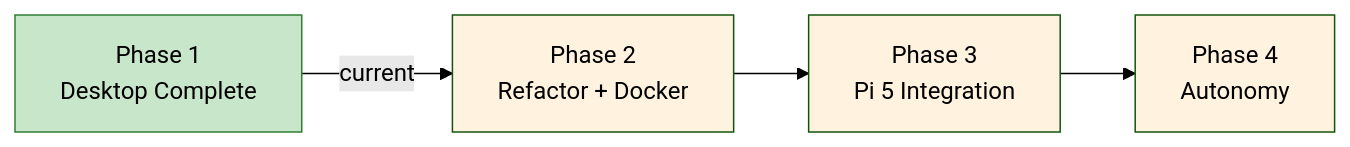
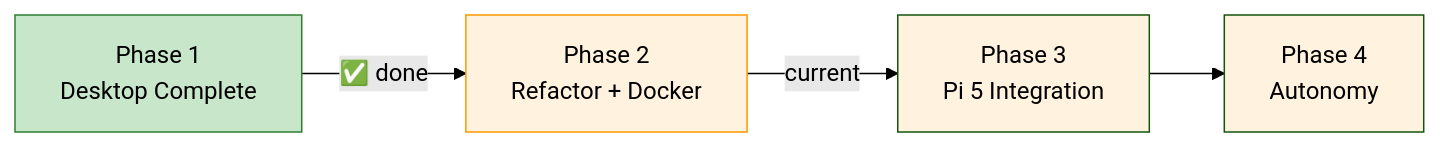
The fifth of 5 diagrams in ARCHITECTURE.md (nerdpudding/nerdcarx), drawn with Mermaid (forest theme) before and after one commit. The commit also changed other lines of this file and 5 other files, not shown here.

````diff
--- a/ARCHITECTURE.md
+++ b/ARCHITECTURE.md
@@ -507,16 +511,16 @@
 ```mermaid
 flowchart LR
     p1[Phase 1<br/>Desktop Complete]
     p2[Phase 2<br/>Refactor + Docker]
     p3[Phase 3<br/>Pi 5 Integration]
     p4[Phase 4<br/>Autonomy]
 
-    p1 -->|"current"| p2
-    p2 --> p3
+    p1 -->|"✅ done"| p2
+    p2 -->|"current"| p3
     p3 --> p4
 
     style p1 fill:#c8e6c9,stroke:#2e7d32
-    style p2 fill:#fff3e0
+    style p2 fill:#fff3e0,stroke:#ff9800
     style p3 fill:#fff3e0
     style p4 fill:#fff3e0
 ```
````
